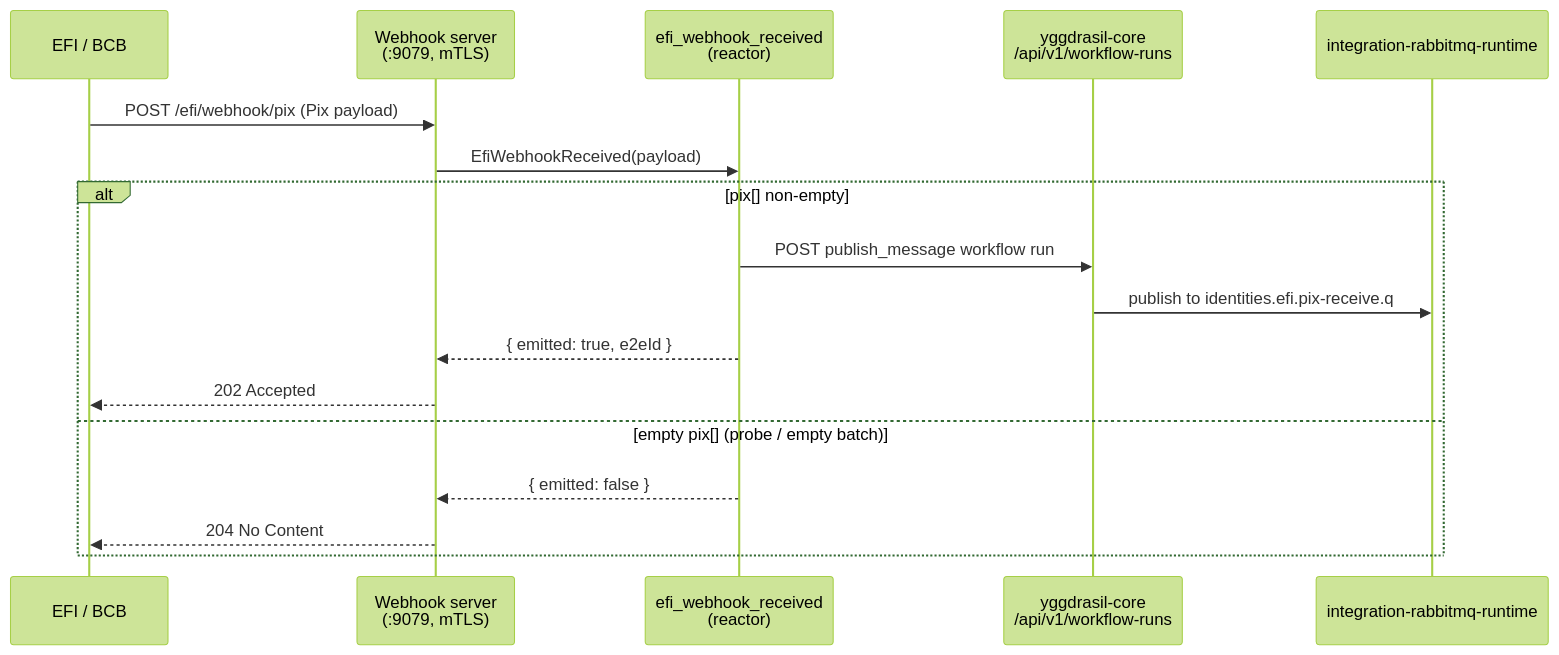
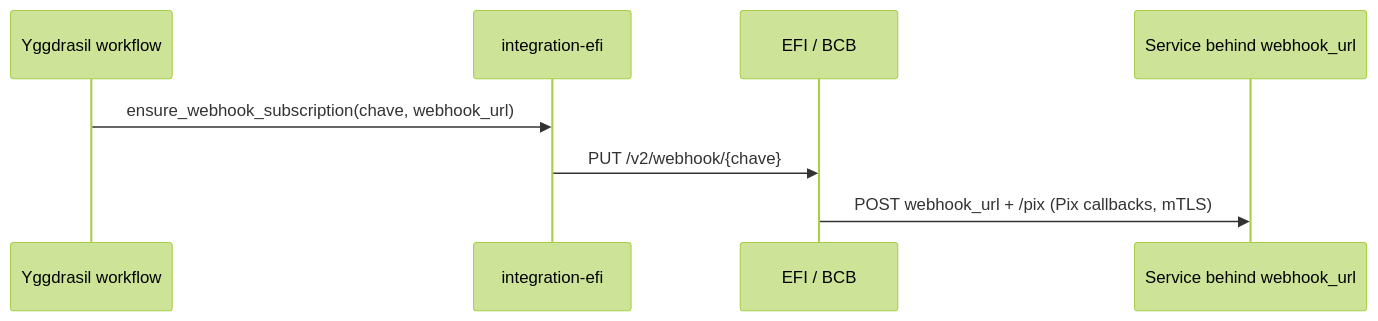
One commit to dakasa-yggdrasil/integration-efi changed the third of 3 diagrams in README.md. Above: the diagram before and after it, drawn with Mermaid (forest theme). The commit also changed other lines of this file and 9 other files, not shown here.

````diff
--- a/README.md
+++ b/README.md
@@ -190,20 +189,11 @@
 ```mermaid
 sequenceDiagram
+  participant WF as Yggdrasil workflow
+  participant AD as integration-efi
   participant EFI as EFI / BCB
-  participant WH as Webhook server<br/>(:9079, mTLS)
-  participant RX as efi_webhook_received<br/>(reactor)
-  participant CORE as yggdrasil-core<br/>/api/v1/workflow-runs
-  participant RMQ as integration-rabbitmq-runtime
+  participant RX as Service behind webhook_url
 
-  EFI->>WH: POST /efi/webhook/pix (Pix payload)
-  WH->>RX: EfiWebhookReceived(payload)
-  alt pix[] non-empty
-    RX->>CORE: POST publish_message workflow run
-    CORE->>RMQ: publish to identities.efi.pix-receive.q
-    RX-->>WH: { emitted: true, e2eId }
-    WH-->>EFI: 202 Accepted
-  else empty pix[] (probe / empty batch)
-    RX-->>WH: { emitted: false }
-    WH-->>EFI: 204 No Content
-  end
+  WF->>AD: ensure_webhook_subscription(chave, webhook_url)
+  AD->>EFI: PUT /v2/webhook/{chave}
+  EFI->>RX: POST webhook_url + /pix (Pix callbacks, mTLS)
 ```
````
